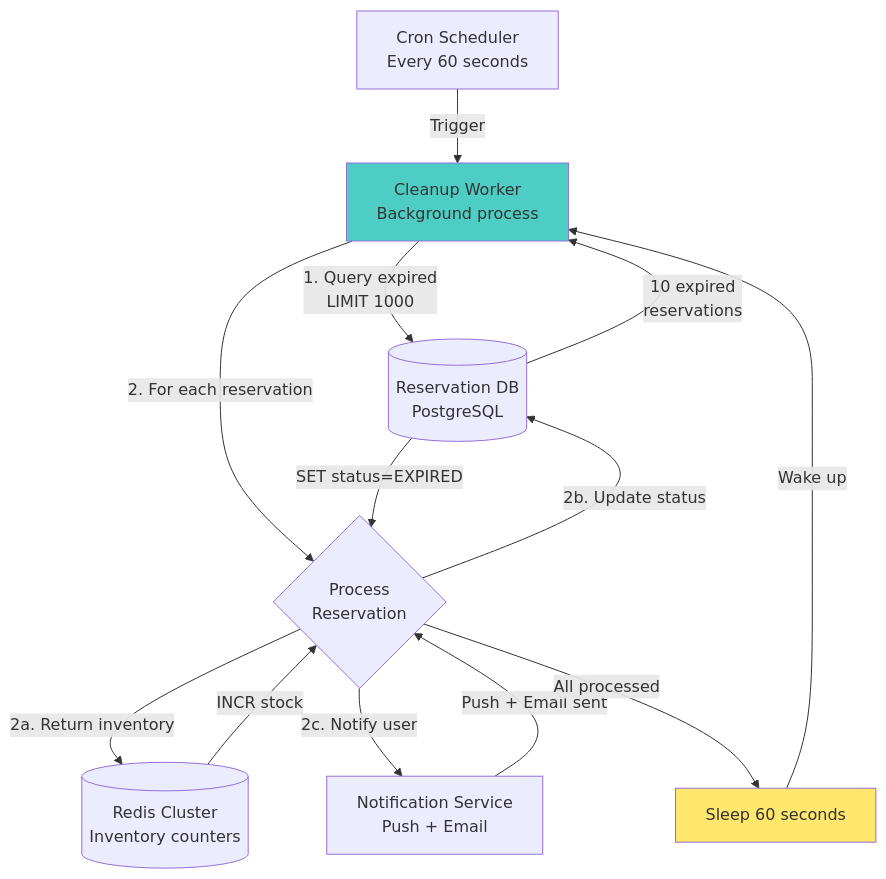
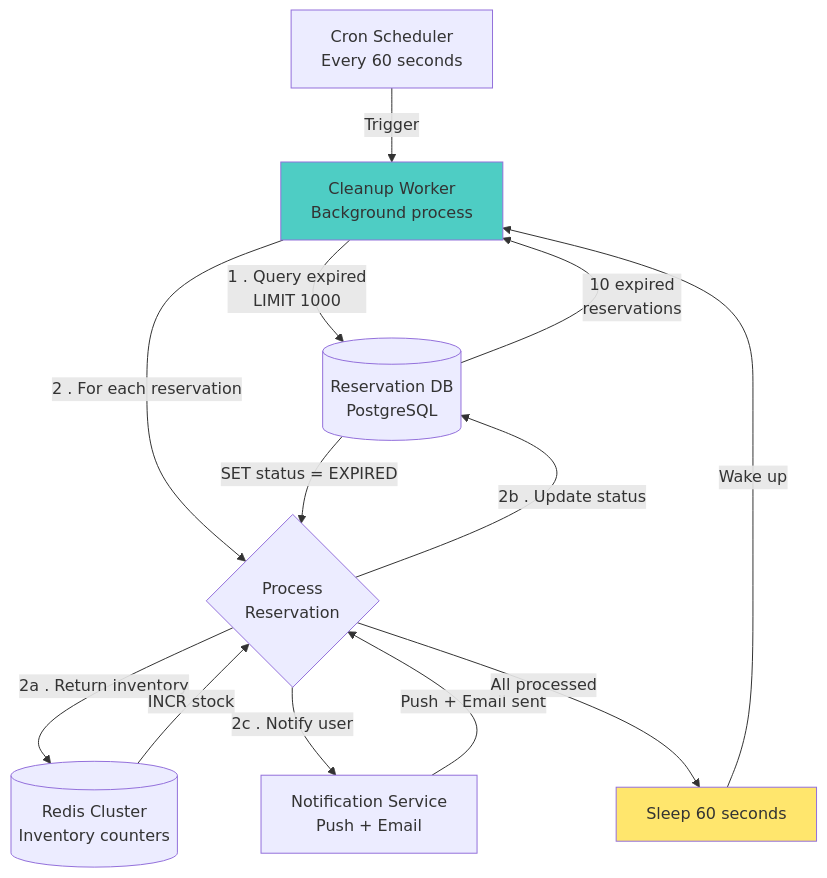
Diagram 11 of 14 in 03-challenges/3.3.3-flash-sale/hld-diagram.md (piyush7199/hld-architecture-handbook), drawn with Mermaid before and after one commit. The commit also changed other lines of this file and 23 other files, not shown here.

````diff
--- a/03-challenges/3.3.3-flash-sale/hld-diagram.md
+++ b/03-challenges/3.3.3-flash-sale/hld-diagram.md
@@ -875,35 +873,22 @@
 ```mermaid
 graph TB
     Cron[Cron Scheduler<br/>Every 60 seconds]
-    
     Worker[Cleanup Worker<br/>Background process]
-    
     ReservationDB[(Reservation DB<br/>PostgreSQL)]
-    
     Redis[(Redis Cluster<br/>Inventory counters)]
-    
     NotificationSvc[Notification Service<br/>Push + Email]
-    
     Cron -->|Trigger| Worker
-    
-    Worker -->|1. Query expired<br/>LIMIT 1000| ReservationDB
+    Worker -->|1 . Query expired<br/>LIMIT 1000| ReservationDB
     ReservationDB -->|10 expired<br/>reservations| Worker
-    
-    Worker -->|2. For each reservation| LoopStart{Process<br/>Reservation}
-    
-    LoopStart -->|2a. Return inventory| Redis
+    Worker -->|2 . For each reservation| LoopStart{Process<br/>Reservation}
+    LoopStart -->|2a . Return inventory| Redis
     Redis -->|INCR stock| LoopStart
-    
-    LoopStart -->|2b. Update status| ReservationDB
-    ReservationDB -->|SET status=EXPIRED| LoopStart
-    
-    LoopStart -->|2c. Notify user| NotificationSvc
+    LoopStart -->|2b . Update status| ReservationDB
+    ReservationDB -->|SET status = EXPIRED| LoopStart
+    LoopStart -->|2c . Notify user| NotificationSvc
     NotificationSvc -->|Push + Email sent| LoopStart
-    
     LoopStart -->|All processed| Sleep[Sleep 60 seconds]
-    
     Sleep -->|Wake up| Worker
-    
-    style Worker fill:#4ecdc4
-    style Sleep fill:#ffe66d
+    style Worker fill: #4ecdc4
+    style Sleep fill: #ffe66d
 ```
````
